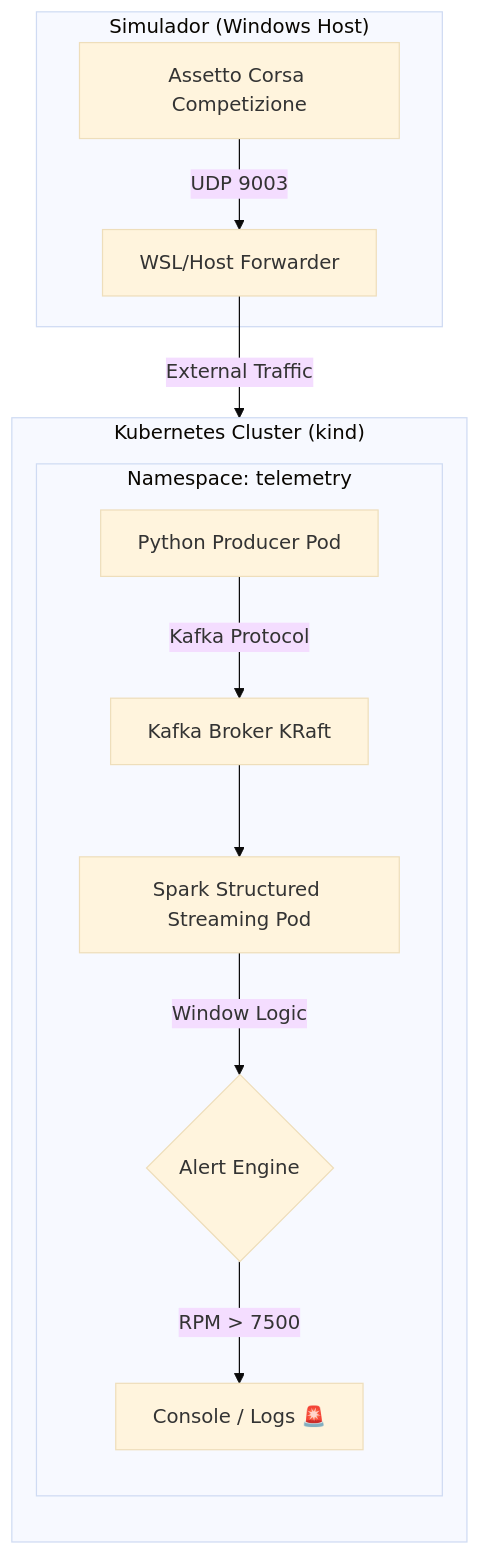
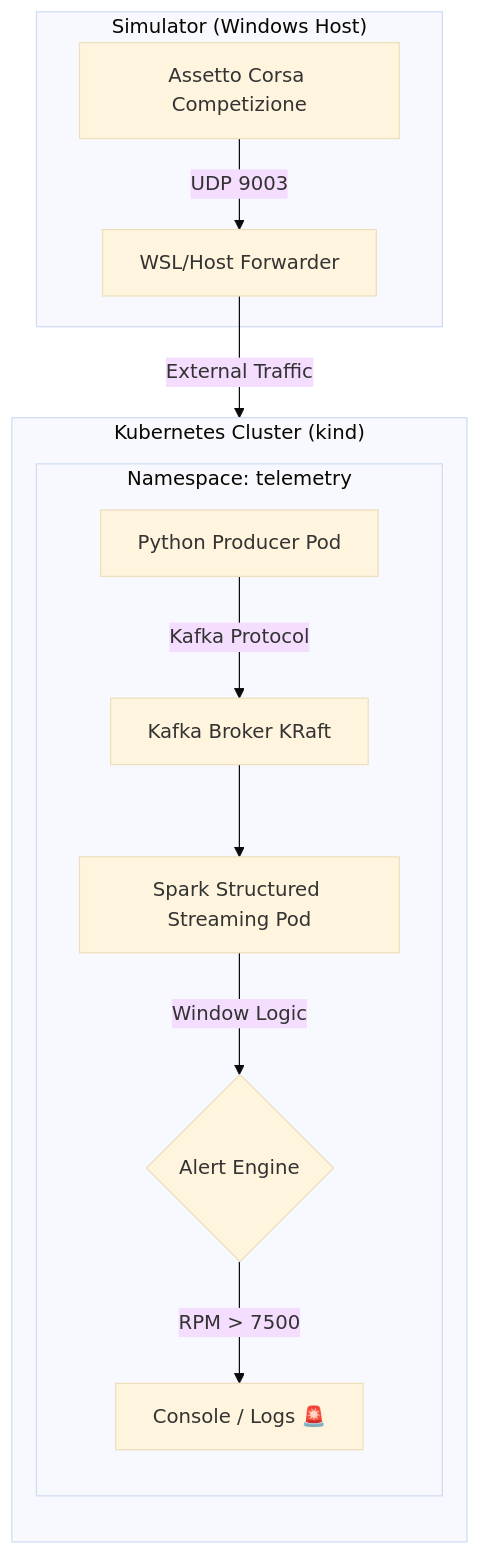
One commit to atikakernel/telemetry-realtime-alerting changed the diagram in README.md. Above: the diagram before and after it, drawn with Mermaid (base theme). The commit also changed other lines of this file, not shown here.

````diff
--- a/README.md
+++ b/README.md
@@ -13,18 +13,18 @@
 ```mermaid
 graph TD
-    subgraph "Simulador (Windows Host)"
+    subgraph "Simulator (Windows Host)"
         ACC[Assetto Corsa Competizione] -->|UDP 9003| WF[WSL/Host Forwarder]
     end
 
     subgraph "Kubernetes Cluster (kind)"
         direction TB
         subgraph "Namespace: telemetry"
             P[Python Producer Pod] -->|Kafka Protocol| K[Kafka Broker KRaft]
             K --> S[Spark Structured Streaming Pod]
             S -->|Window Logic| A{Alert Engine}
             A -->|RPM > 7500| L[Console / Logs 🚨]
         end
     end
 
     WF -->|External Traffic| P
 ```
````
